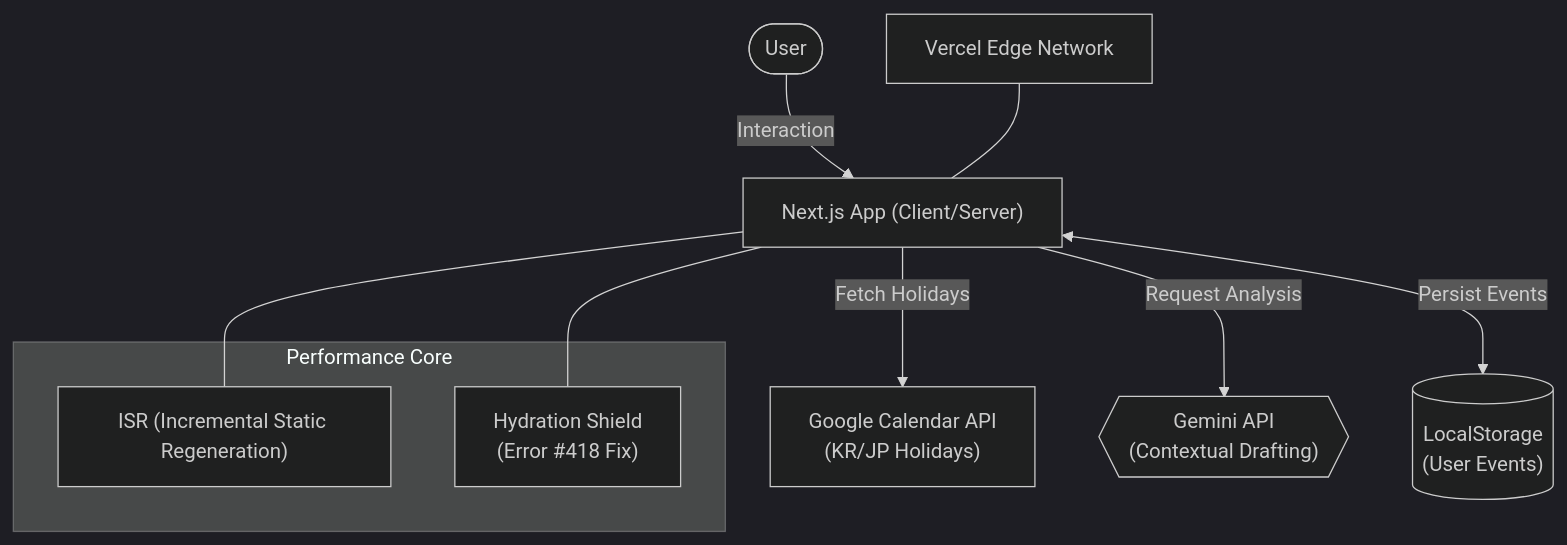
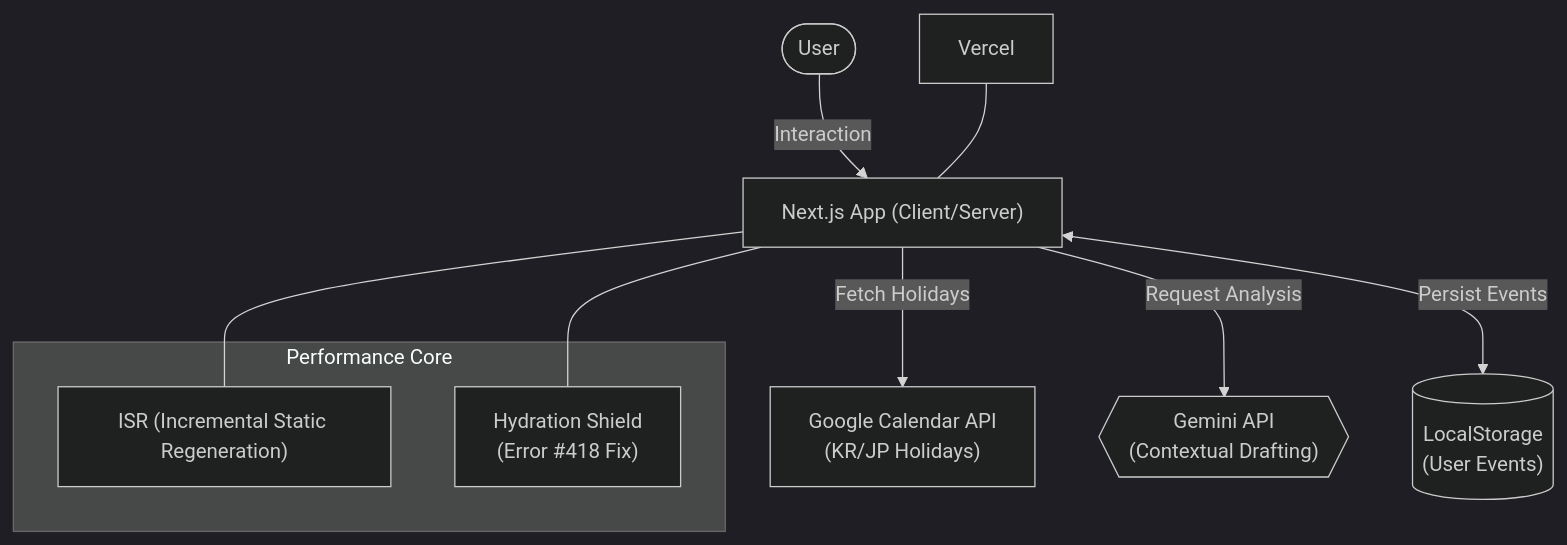
The diagram in README.md (2daKaizen-gun/jp-kr-schedule-bridge), drawn with Mermaid (dark theme) before and after one commit. The commit also changed other lines of this file and 18 other files, not shown here.

````diff
--- a/README.md
+++ b/README.md
@@ -37,23 +37,23 @@
 ```mermaid
 graph TD
     User(["User"])
     NextJS["Next.js App (Client/Server)"]
     HolidayAPI["Google Calendar API<br/>(KR/JP Holidays)"]
     Gemini{{"Gemini API <br/>(Contextual Drafting)"}}
     Storage[("LocalStorage<br/>(User Events)")]
-    Vercel["Vercel Edge Network"]
+    Vercel["Vercel"]
 
     User -->|Interaction| NextJS
     NextJS -->|Fetch Holidays| HolidayAPI
     NextJS <-->|Persist Events| Storage
     NextJS -->|Request Analysis| Gemini
     
     subgraph "Performance Core"
         ISR["ISR (Incremental Static Regeneration)"]
         Hydration["Hydration Shield<br/>(Error #418 Fix)"]
     end
     
     NextJS --- ISR
     NextJS --- Hydration
     Vercel --- NextJS
 ```
````
